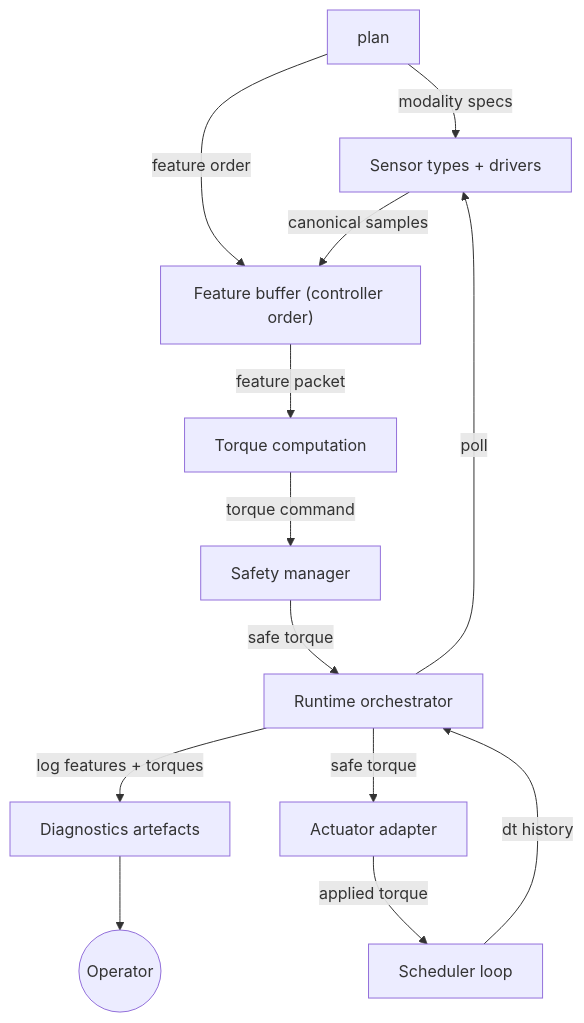
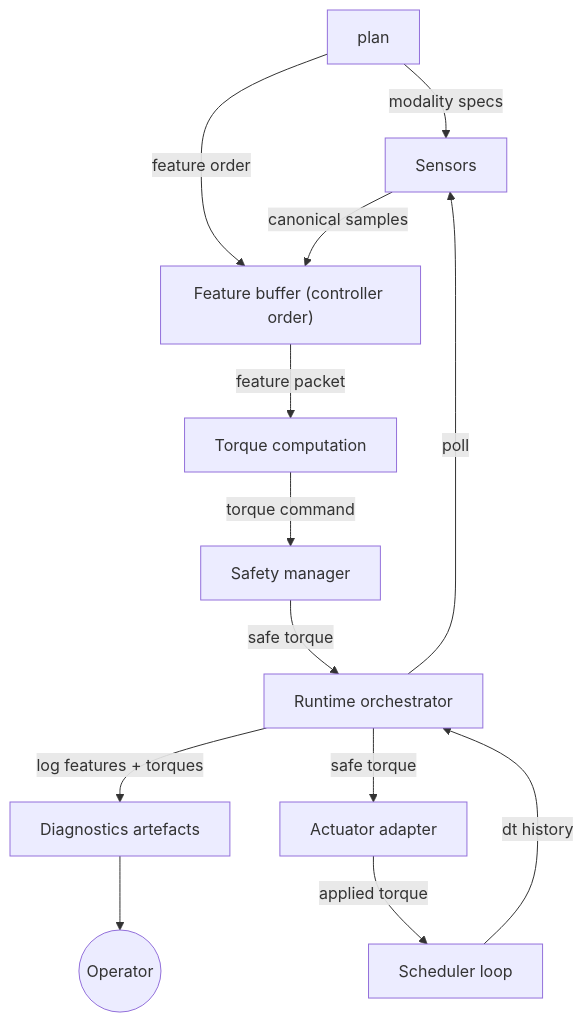
The second of 6 diagrams in docs/architecture.md (jmontp/raspberry-pi-controller-runtime), drawn with Mermaid before and after one commit. The commit also changed other lines of this file, not shown here.

Commit message:
docs(architecture): simplify operator config to input_signals/output_signals; remove defaults/drivers from signals example; clarify controller buffer order

````diff
--- a/docs/architecture.md
+++ b/docs/architecture.md
@@ -104,15 +82,15 @@
 ```mermaid
 flowchart TD
-    plan -->|modality specs| sensors["Sensor types + drivers"]
+    plan -->|modality specs| sensors["Sensors"]
     plan -->|feature order| buffer["Feature buffer (controller order)"]
     sensors -->|canonical samples| buffer
     buffer -->|feature packet| controller["Torque computation"]
     controller -->|torque command| safety["Safety manager"]
     safety -->|safe torque| runtime["Runtime orchestrator"]
     runtime -->|log features + torques| diagnostics["Diagnostics artefacts"]
     runtime -->|safe torque| actuator["Actuator adapter"]
     actuator -->|applied torque| scheduler["Scheduler loop"]
     scheduler -->|dt history| runtime
     runtime -->|poll| sensors
     diagnostics --> operator(("Operator"))
 ```
````
